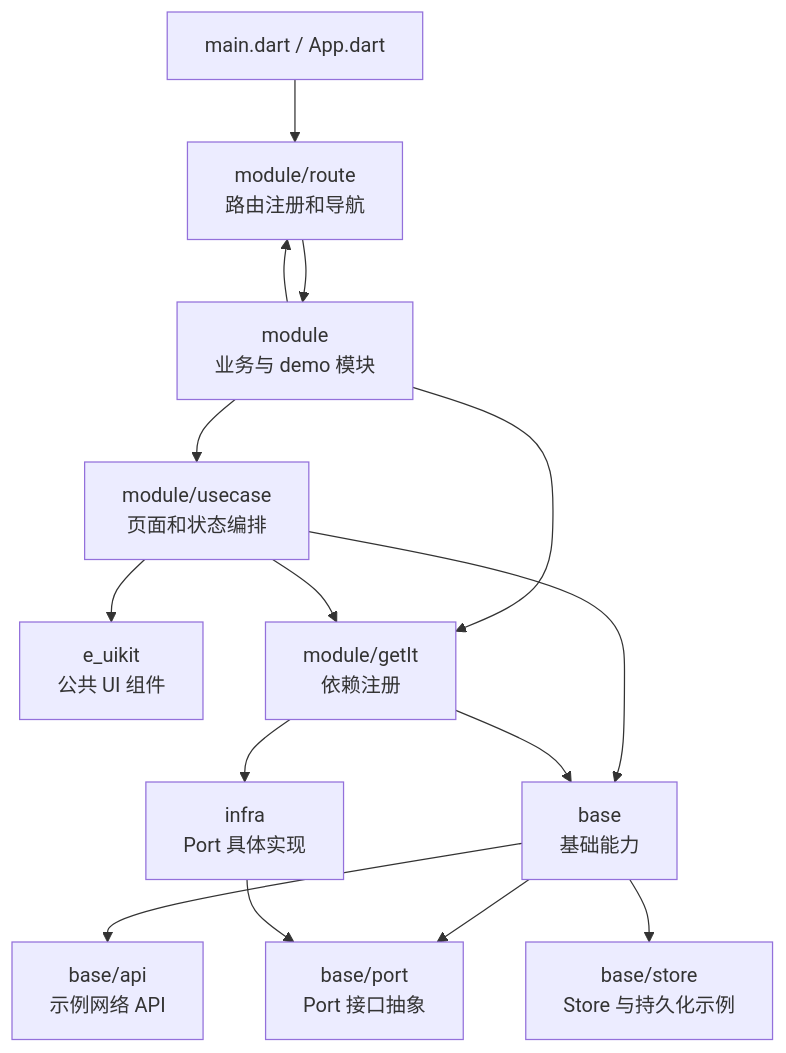
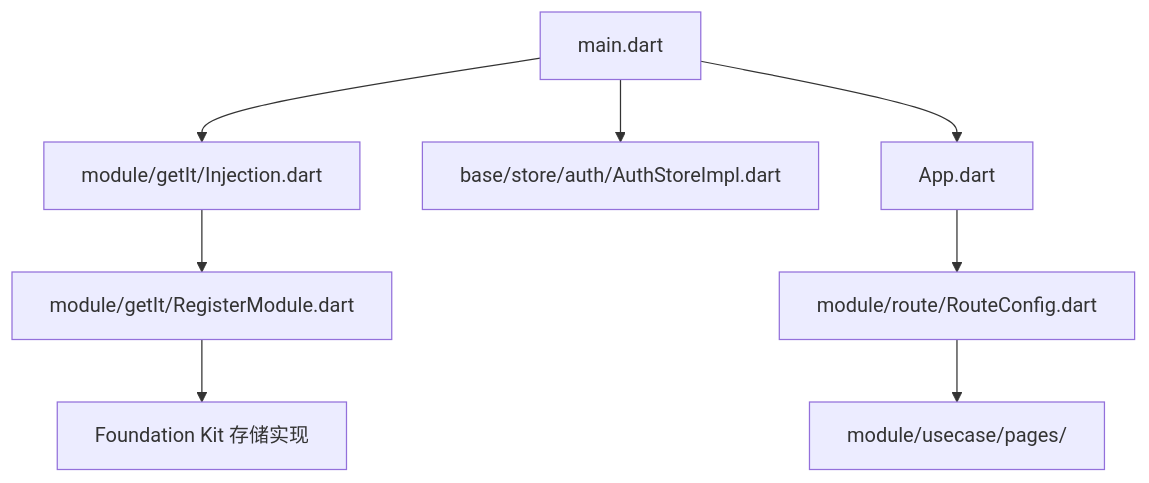
One commit to 911hzh/zh_flutter_foundation_kit changed the diagram in example/lib/README.md. Above: the diagram before and after it, drawn with Mermaid. The commit also changed other lines of this file and 19 other files, not shown here.

````diff
--- a/example/lib/README.md
+++ b/example/lib/README.md
@@ -18,29 +16,19 @@
 ```mermaid
 flowchart TD
-    App[main.dart / App.dart]
-    Module[module\n业务与 demo 模块]
-    Usecase[module/usecase\n页面和状态编排]
-    Route[module/route\n路由注册和导航]
-    UIKit[e_uikit\n公共 UI 组件]
-    Base[base\n基础能力]
-    Port[base/port\nPort 接口抽象]
-    Api[base/api\n示例网络 API]
-    Store[base/store\nStore 与持久化示例]
-    Infra[infra\nPort 具体实现]
-    GetIt[module/getIt\n依赖注册]
+    Main["main.dart"]
+    Injection["module/getIt/Injection.dart"]
+    Auth["base/store/auth/AuthStoreImpl.dart"]
+    App["App.dart"]
+    Route["module/route/RouteConfig.dart"]
+    Pages["module/usecase/pages/"]
+    Register["module/getIt/RegisterModule.dart"]
+    Kit["Foundation Kit 存储实现"]
 
+    Main --> Injection
+    Main --> Auth
+    Main --> App
     App --> Route
-    Module --> Usecase
-    Module --> Route
-    Module --> GetIt
-    Route --> Module
-    Usecase --> UIKit
-    Usecase --> Base
-    Base --> Port
-    Base --> Api
-    Base --> Store
-    Infra --> Port
-    GetIt --> Infra
-    GetIt --> Base
-    Usecase --> GetIt
+    Route --> Pages
+    Injection --> Register
+    Register --> Kit
 ```
````
